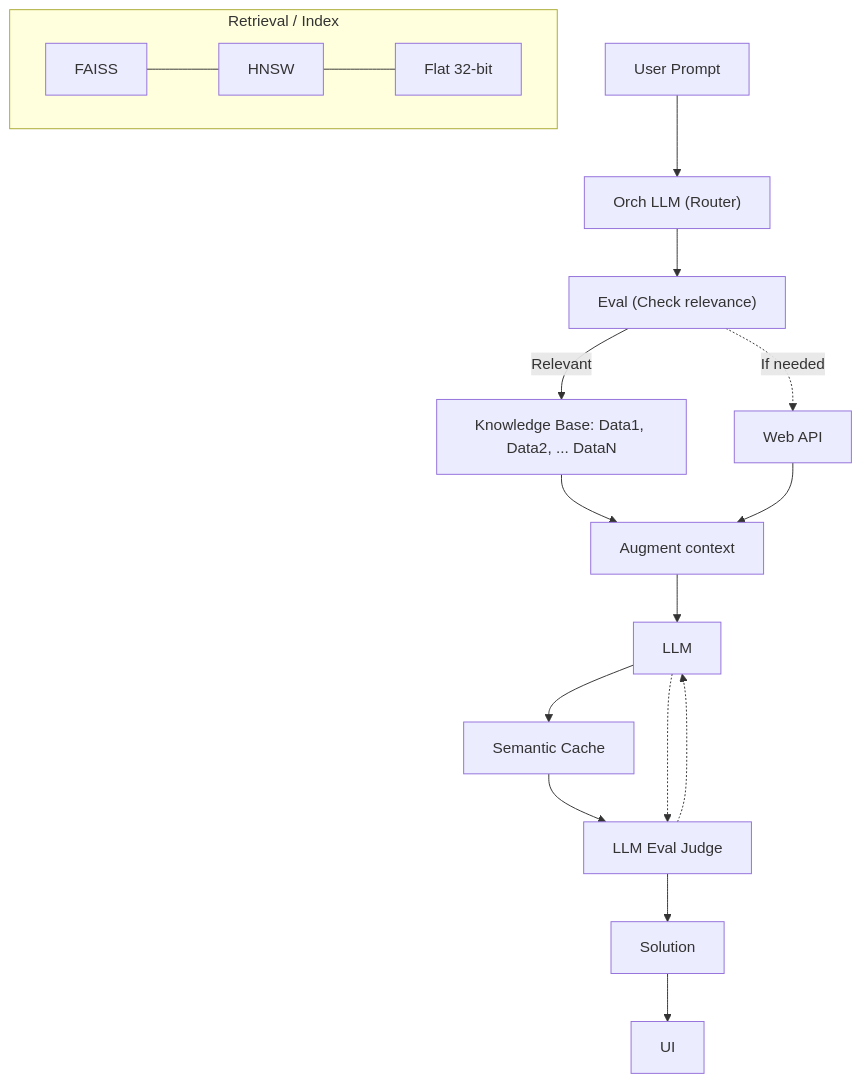
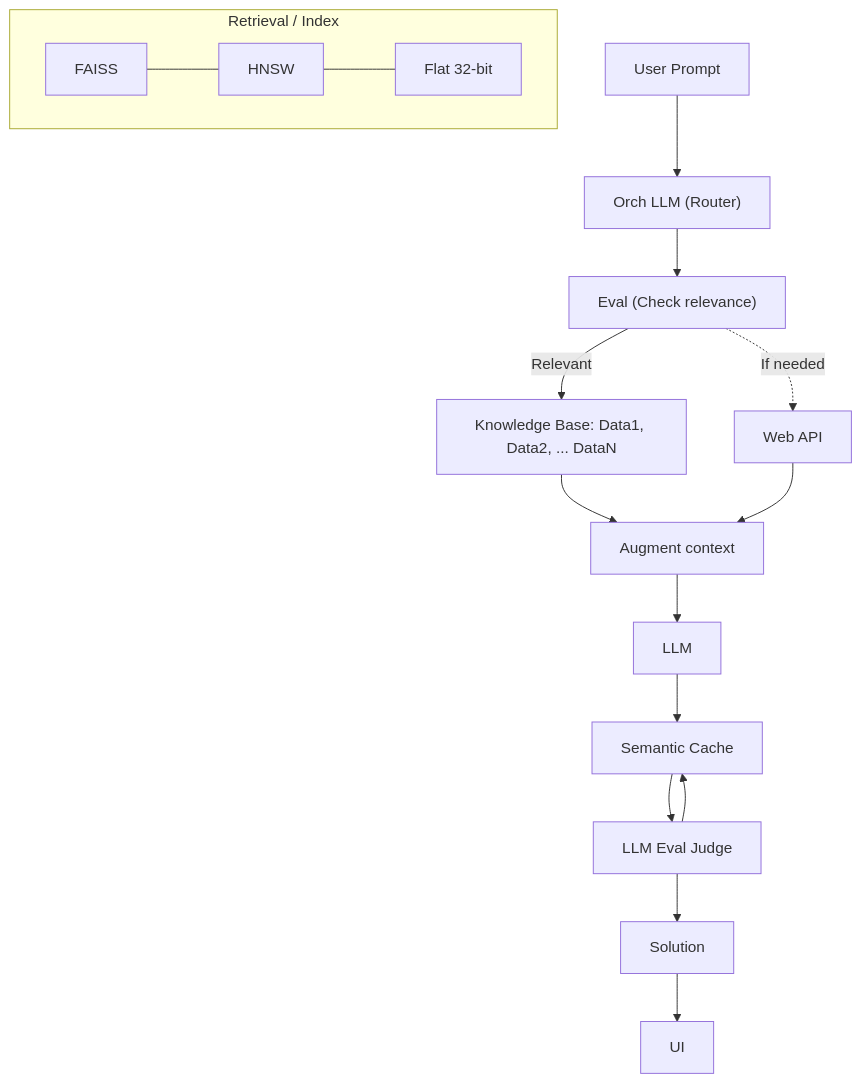
The diagram in README.md (heleyna-tuck/Diagram), drawn with Mermaid before and after one commit.

````diff
--- a/README.md
+++ b/README.md
@@ -1,28 +1,26 @@
 ```mermaid
 flowchart TD
   U["User Prompt"] --> R["Orch LLM (Router)"]
 
   subgraph RET["Retrieval / Index"]
     F["FAISS"] --- H["HNSW"]
     H --- Q["Flat 32-bit"]
   end
 
   R --> E["Eval (Check relevance)"]
   E -->|Relevant| KB["Knowledge Base: Data1, Data2, ... DataN"]
   E -.->|If needed| W["Web API"]
 
   KB --> A["Augment context"]
   W --> A
   A --> L["LLM"]
 
-  %% Main vertical flow
   L --> C["Semantic Cache"]
+
+  %% Two arrows between Semantic Cache and LLM Eval Judge (down + up)
   C --> J["LLM Eval Judge"]
-
-  %% Extra arrows (one down, one up) directly between LLM and Judge
-  L -.-> J
-  J -.-> L
+  J --> C
 
   J --> S["Solution"]
   S --> UI["UI"]
 ```
````
